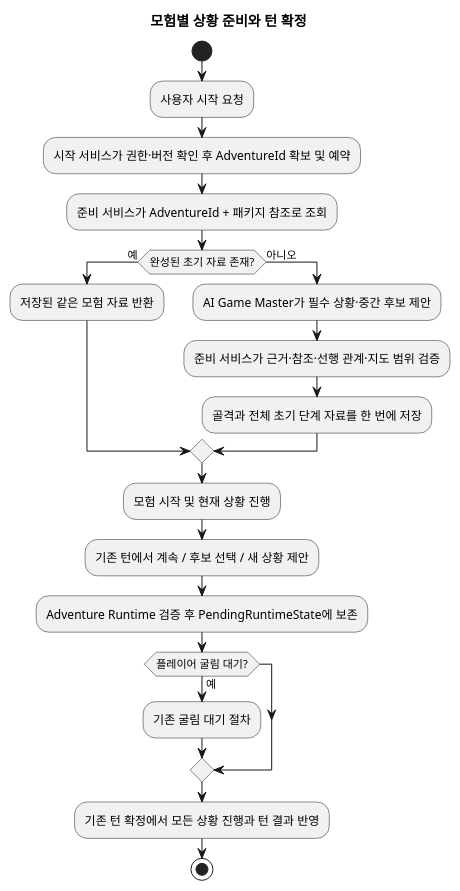
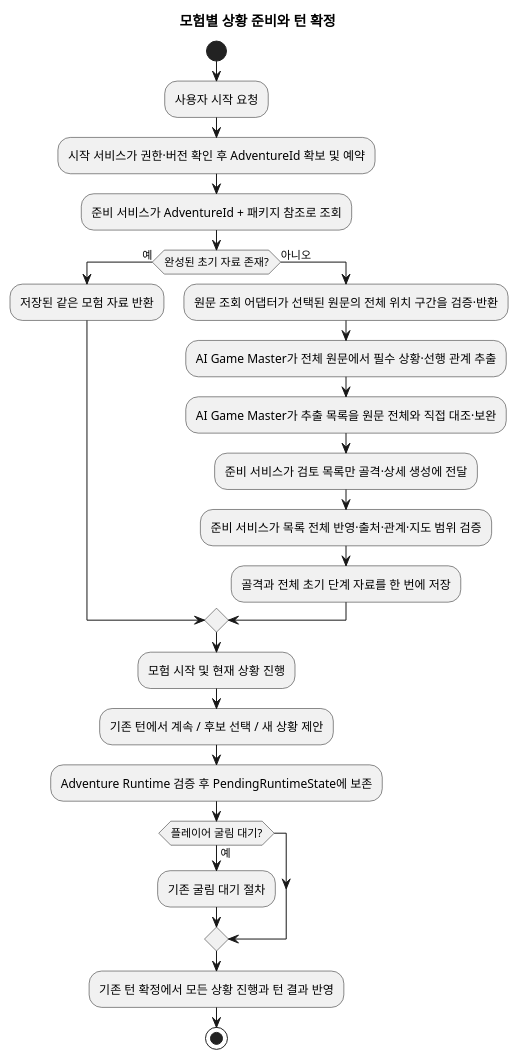
Before and after one commit to omegafrog/dnd-master: the diagram in docs/specs/scenario-situation-candidates/architecture-spec.md, drawn with PlantUML. The commit also changed other lines of this file and 4 other files, not shown here.

````diff
--- a/docs/specs/scenario-situation-candidates/architecture-spec.md
+++ b/docs/specs/scenario-situation-candidates/architecture-spec.md
@@ -33,24 +33,27 @@
 ```plantuml
 @startuml
  title 모험별 상황 준비와 턴 확정
  start
  :사용자 시작 요청;
  :시작 서비스가 권한·버전 확인 후 AdventureId 확보 및 예약;
  :준비 서비스가 AdventureId + 패키지 참조로 조회;
  if (완성된 초기 자료 존재?) then (예)
    :저장된 같은 모험 자료 반환;
  else (아니오)
-   :AI Game Master가 필수 상황·중간 후보 제안;
-   :준비 서비스가 근거·참조·선행 관계·지도 범위 검증;
+   :원문 조회 어댑터가 선택된 원문의 전체 위치 구간을 검증·반환;
+   :AI Game Master가 전체 원문에서 필수 상황·선행 관계 추출;
+   :AI Game Master가 추출 목록을 원문 전체와 직접 대조·보완;
+   :준비 서비스가 검토 목록만 골격·상세 생성에 전달;
+   :준비 서비스가 목록 전체 반영·출처·관계·지도 범위 검증;
    :골격과 전체 초기 단계 자료를 한 번에 저장;
  endif
  :모험 시작 및 현재 상황 진행;
  :기존 턴에서 계속 / 후보 선택 / 새 상황 제안;
  :Adventure Runtime 검증 후 PendingRuntimeState에 보존;
  if (플레이어 굴림 대기?) then (예)
    :기존 굴림 대기 절차;
  endif
  :기존 턴 확정에서 모든 상황 진행과 턴 결과 반영;
  stop
 @enduml
 ```
````
